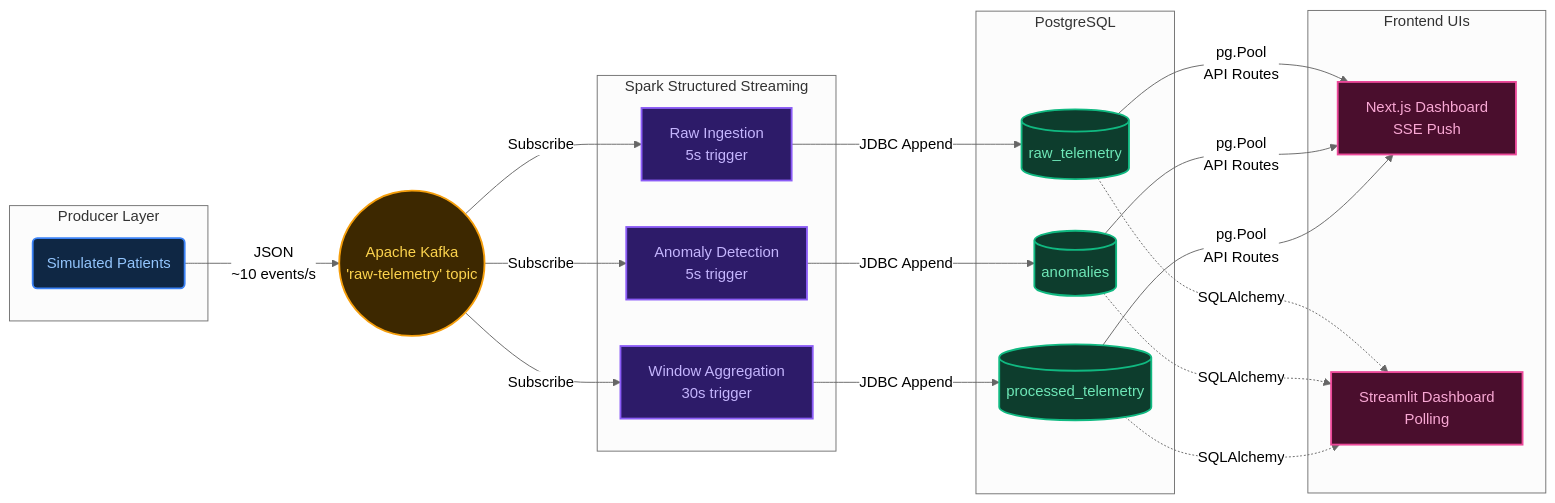
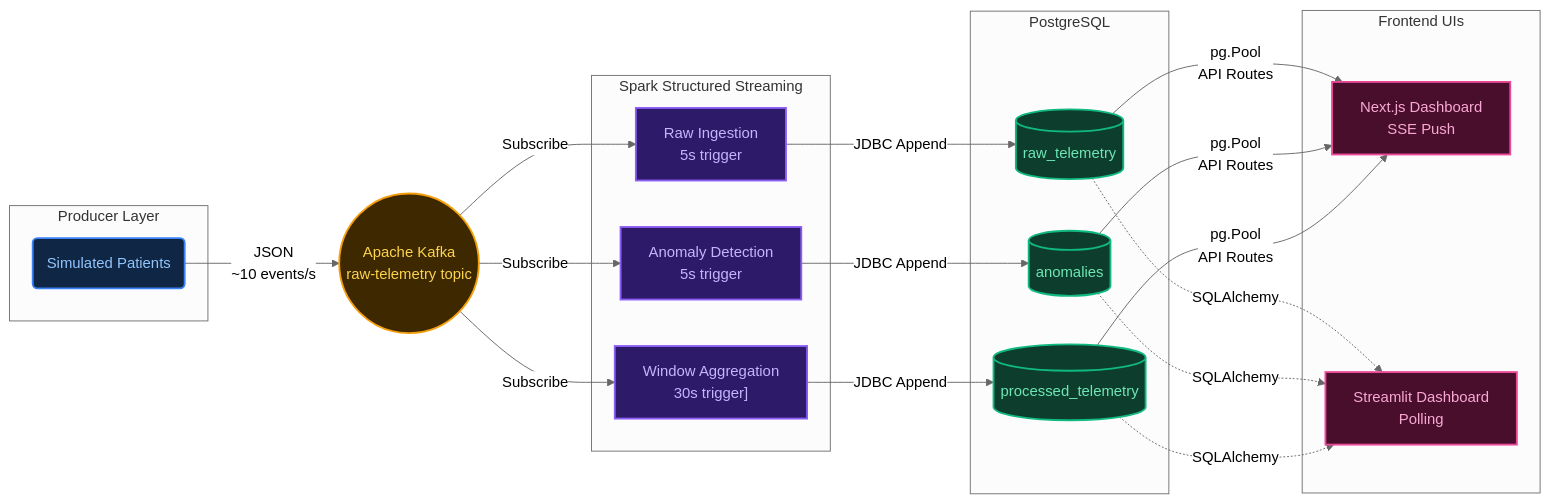
One commit to nandan-19/EdgePulse changed the diagram in README.md. Above: the diagram before and after it, drawn with Mermaid (neutral theme).

Commit message:
docs: Fix Mermaid rendering syntax

````diff
--- a/README.md
+++ b/README.md
@@ -12,54 +12,54 @@
 ```mermaid
 flowchart LR
     %% Colors & Styles
     classDef gen fill:#0f2744,stroke:#3b82f6,color:#93c5fd,stroke-width:2px;
     classDef kafka fill:#3d2800,stroke:#f59e0b,color:#fcd34d,stroke-width:2px;
     classDef spark fill:#2d1b69,stroke:#8b5cf6,color:#c4b5fd,stroke-width:2px;
     classDef pg fill:#0d3d2d,stroke:#10b981,color:#6ee7b7,stroke-width:2px;
     classDef dash fill:#4a0e2d,stroke:#ec4899,color:#f9a8d4,stroke-width:2px;
 
     %% Nodes
     subgraph Producer Layer
-        P1(Simulated Patients)
+        P1("Simulated Patients")
     end
     
-    K((Apache Kafka\n'raw-telemetry' topic)):::kafka
+    K(("Apache Kafka<br>raw-telemetry topic")):::kafka
     
     subgraph Spark Structured Streaming
-        S1[Raw Ingestion\n5s trigger]:::spark
-        S2[Anomaly Detection\n5s trigger]:::spark
-        S3[Window Aggregation\n30s trigger]:::spark
+        S1["Raw Ingestion<br>5s trigger"]:::spark
+        S2["Anomaly Detection<br>5s trigger"]:::spark
+        S3["Window Aggregation<br>30s trigger]"]:::spark
     end
     
     subgraph PostgreSQL
-        DB1[(raw_telemetry)]:::pg
-        DB2[(anomalies)]:::pg
-        DB3[(processed_telemetry)]:::pg
+        DB1[("raw_telemetry")]:::pg
+        DB2[("anomalies")]:::pg
+        DB3[("processed_telemetry")]:::pg
     end
     
     subgraph Frontend UIs
-        NJS[Next.js Dashboard\nSSE Push]:::dash
-        ST[Streamlit Dashboard\nPolling]:::dash
+        NJS["Next.js Dashboard<br>SSE Push"]:::dash
+        ST["Streamlit Dashboard<br>Polling"]:::dash
     end
 
     %% Relationships
-    P1 -- "JSON\n~10 events/s" --> K
+    P1 -- "JSON<br>~10 events/s" --> K
     
-    K -- "Subscribe" --> S1
-    K -- "Subscribe" --> S2
-    K -- "Subscribe" --> S3
+    K -- Subscribe --> S1
+    K -- Subscribe --> S2
+    K -- Subscribe --> S3
     
     S1 -- "JDBC Append" --> DB1
     S2 -- "JDBC Append" --> DB2
     S3 -- "JDBC Append" --> DB3
     
-    DB1 -- "pg.Pool\nAPI Routes" --> NJS
-    DB2 -- "pg.Pool\nAPI Routes" --> NJS
-    DB3 -- "pg.Pool\nAPI Routes" --> NJS
+    DB1 -- "pg.Pool<br>API Routes" --> NJS
+    DB2 -- "pg.Pool<br>API Routes" --> NJS
+    DB3 -- "pg.Pool<br>API Routes" --> NJS
 
-    DB1 -. "SQLAlchemy" .-> ST
-    DB2 -. "SQLAlchemy" .-> ST
-    DB3 -. "SQLAlchemy" .-> ST
+    DB1 -. SQLAlchemy .-> ST
+    DB2 -. SQLAlchemy .-> ST
+    DB3 -. SQLAlchemy .-> ST
 
     class P1 gen;
 ```
````
